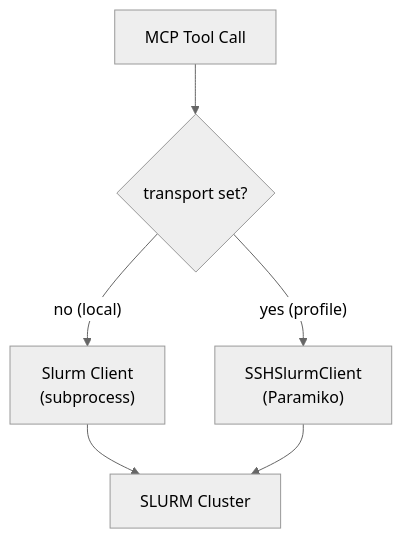
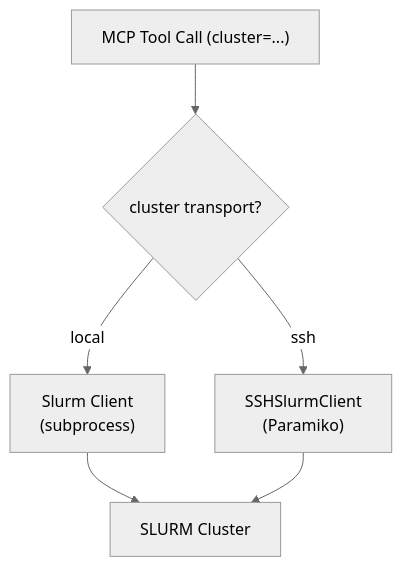
Before and after one commit to ksterx/srunx: the second of 3 diagrams in docs/explanation/mcp-architecture.md, drawn with Mermaid (neutral theme). The commit also changed other lines of this file and 184 other files, not shown here.

````diff
--- a/docs/explanation/mcp-architecture.md
+++ b/docs/explanation/mcp-architecture.md
@@ -134,12 +134,12 @@
 ```mermaid
 flowchart TD
-  Tool["MCP Tool Call"]
-  Check{"transport set?"}
+  Tool["MCP Tool Call (cluster=...)"]
+  Check{"cluster transport?"}
   Local["Slurm Client\n(subprocess)"]
   Remote["SSHSlurmClient\n(Paramiko)"]
   SLURM["SLURM Cluster"]
 
   Tool --> Check
-  Check -- "no (local)" --> Local --> SLURM
-  Check -- "yes (profile)" --> Remote --> SLURM
+  Check -- "local" --> Local --> SLURM
+  Check -- "ssh" --> Remote --> SLURM
 ```
````
